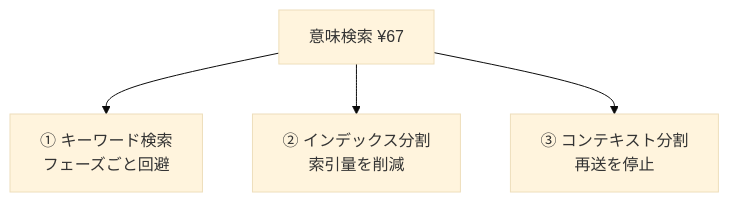
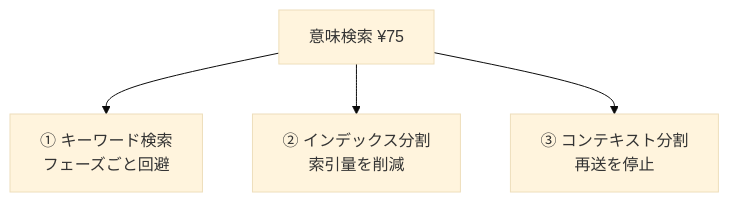
The fourth of 4 diagrams in docs/reports/cost-optimization-nabledge.md (nablarch/nabledge-dev), drawn with Mermaid (base theme) before and after one commit. The commit also changed other lines of this file and 1 other file, not shown here.

````diff
--- a/docs/reports/cost-optimization-nabledge.md
+++ b/docs/reports/cost-optimization-nabledge.md
@@ -166,7 +166,7 @@
 ```mermaid
 flowchart TD
-    SEM[意味検索 ¥67] 
+    SEM[意味検索 ¥75] 
     SEM --> A[① キーワード検索<br/>フェーズごと回避]
     SEM --> B[② インデックス分割<br/>索引量を削減]
     SEM --> C[③ コンテキスト分割<br/>再送を停止]
 ```
````
